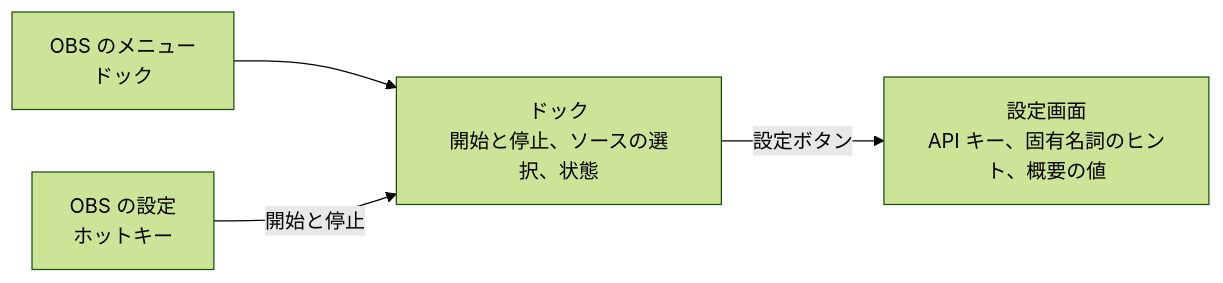
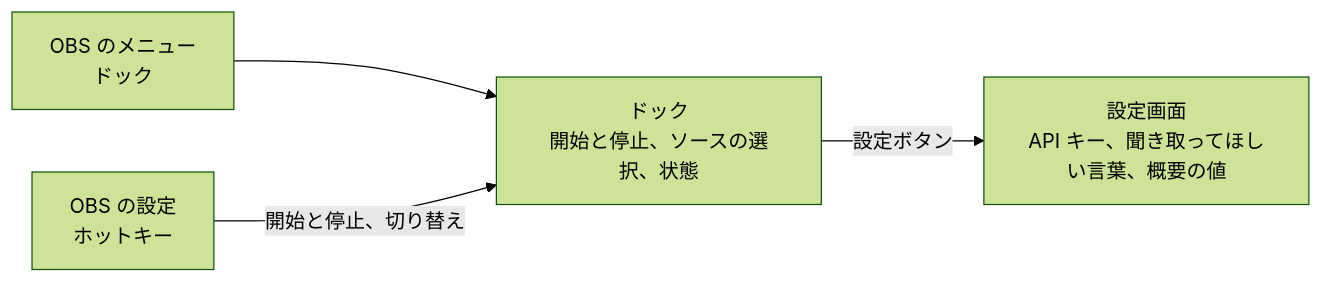
Before and after one commit to AllegroMoltoV/obs-realtime-translate-summary: the diagram in docs/design/user-interface.md, drawn with Mermaid (forest theme). The commit also changed other lines of this file and 5 other files, not shown here.

````diff
--- a/docs/design/user-interface.md
+++ b/docs/design/user-interface.md
@@ -27,6 +27,6 @@
 ```mermaid
 flowchart LR
     MENU[OBS のメニュー<br>ドック] --> DOCK[ドック<br>開始と停止、ソースの選択、状態]
-    DOCK -->|設定ボタン| DIALOG[設定画面<br>API キー、固有名詞のヒント、概要の値]
-    HOTKEY[OBS の設定<br>ホットキー] -->|開始と停止| DOCK
+    DOCK -->|設定ボタン| DIALOG[設定画面<br>API キー、聞き取ってほしい言葉、概要の値]
+    HOTKEY[OBS の設定<br>ホットキー] -->|開始と停止、切り替え| DOCK
 ```
````
